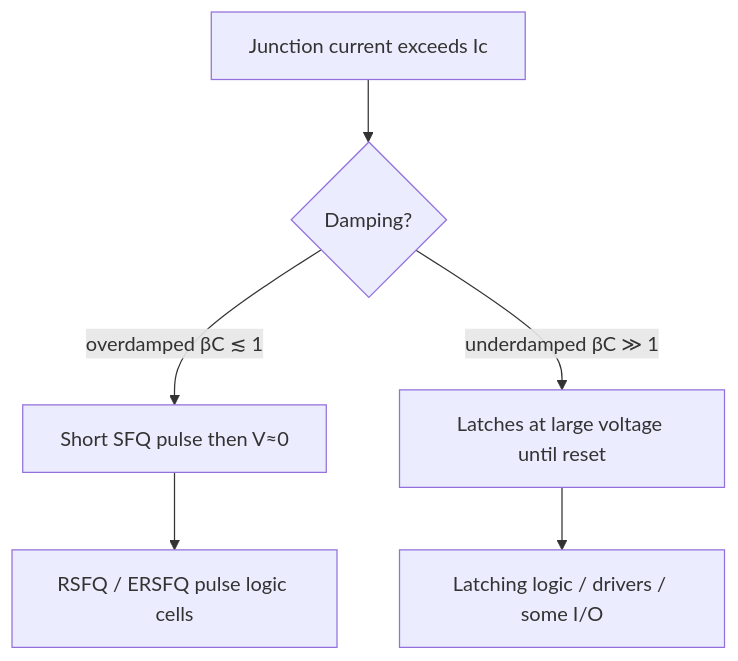
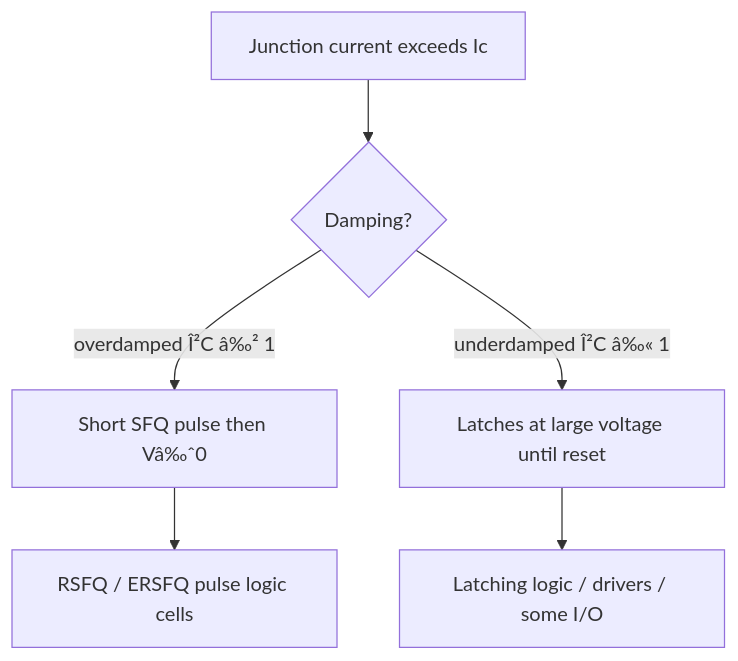
One commit to Single-Flux-Quantum/sfq-learn-public changed the first of 2 diagrams in docs/fundamentals/overdamped-vs-underdamped-jj.md. Above: the diagram before and after it, drawn with Mermaid. The commit also changed other lines of this file and 41 other files, not shown here.

````diff
--- a/docs/fundamentals/overdamped-vs-underdamped-jj.md
+++ b/docs/fundamentals/overdamped-vs-underdamped-jj.md
@@ -62,8 +62,8 @@
 ```mermaid
 flowchart TD
   Switch[Junction current exceeds Ic] --> Q{Damping?}
-  Q -->|"overdamped βC ≲ 1"| Pulse[Short SFQ pulse then V≈0]
-  Q -->|"underdamped βC ≫ 1"| Latch[Latches at large voltage until reset]
+  Q -->|"overdamped Î²C â‰² 1"| Pulse[Short SFQ pulse then Vâ‰ˆ0]
+  Q -->|"underdamped Î²C â‰« 1"| Latch[Latches at large voltage until reset]
   Pulse --> Dig[RSFQ / ERSFQ pulse logic cells]
   Latch --> IO[Latching logic / drivers / some I/O]
 ```
````
